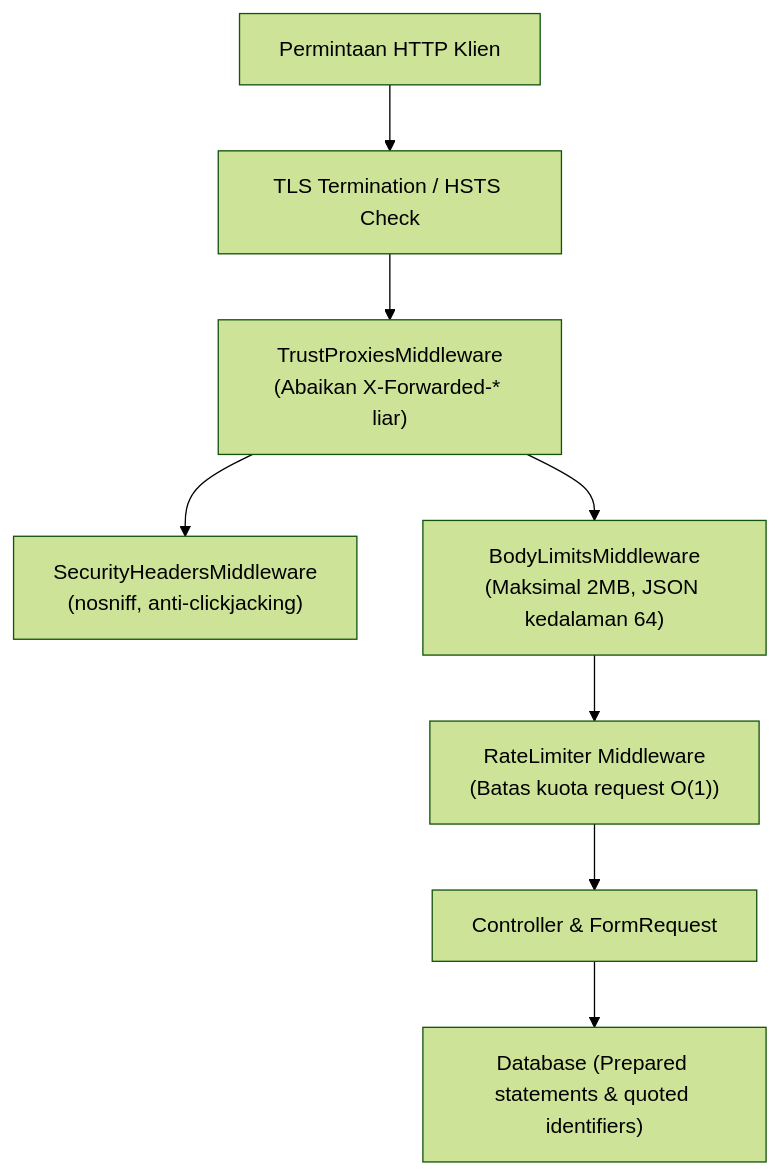
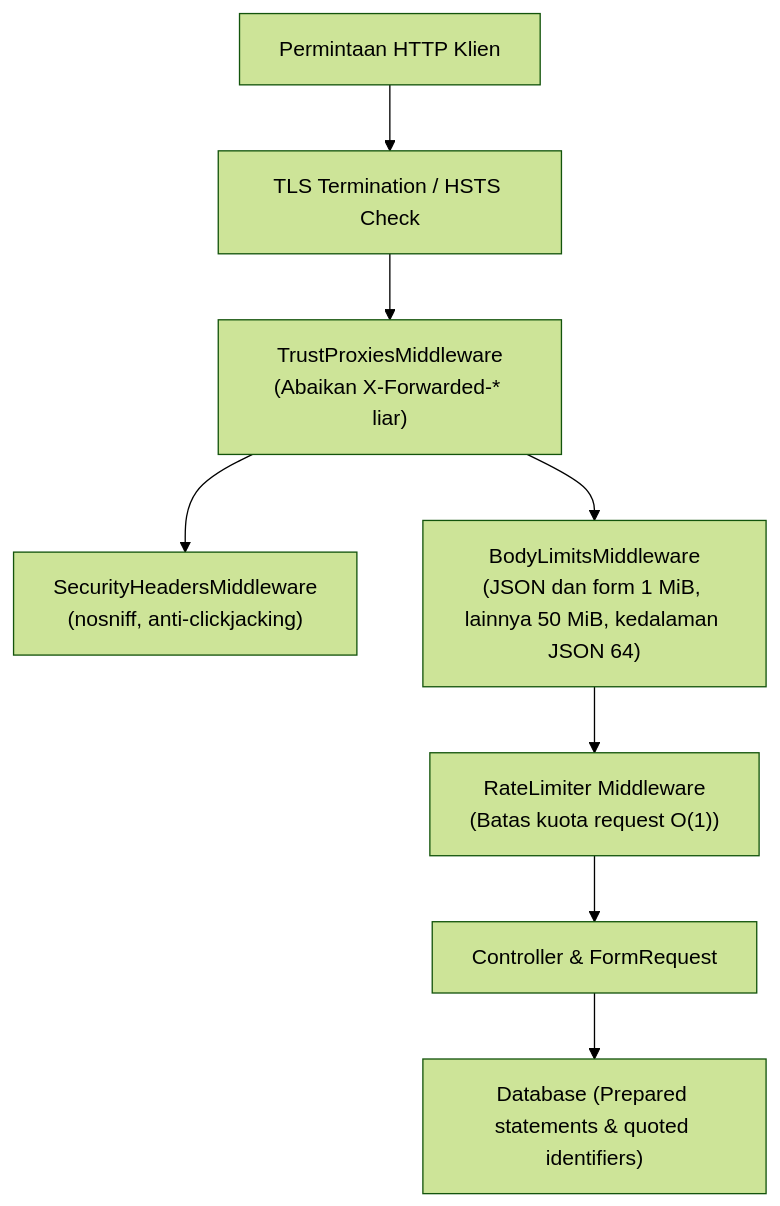
The diagram in docs/guide/id/security.md (daravel-dev/daravel), drawn with Mermaid (forest theme) before and after one commit. The commit also changed other lines of this file and 20 other files, not shown here.

````diff
--- a/docs/guide/id/security.md
+++ b/docs/guide/id/security.md
@@ -26,10 +26,10 @@
 ```mermaid
 flowchart TD
     ClientReq["Permintaan HTTP Klien"] --> TLS["TLS Termination / HSTS Check"]
     TLS --> ProxyGuard["TrustProxiesMiddleware\n(Abaikan X-Forwarded-* liar)"]
     ProxyGuard --> SecHeaders["SecurityHeadersMiddleware\n(nosniff, anti-clickjacking)"]
-    ProxyGuard --> BodyGuard["BodyLimitsMiddleware\n(Maksimal 2MB, JSON kedalaman 64)"]
+    ProxyGuard --> BodyGuard["BodyLimitsMiddleware\n(JSON dan form 1 MiB, lainnya 50 MiB, kedalaman JSON 64)"]
     BodyGuard --> RateLimit["RateLimiter Middleware\n(Batas kuota request O(1))"]
     RateLimit --> Pipeline["Controller & FormRequest"]
     Pipeline --> DB["Database (Prepared statements & quoted identifiers)"]
 ```
````
